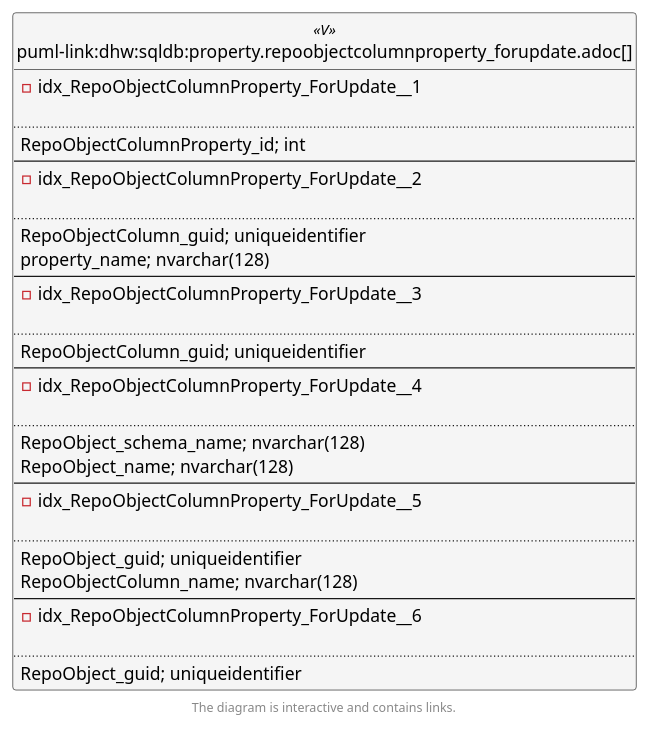
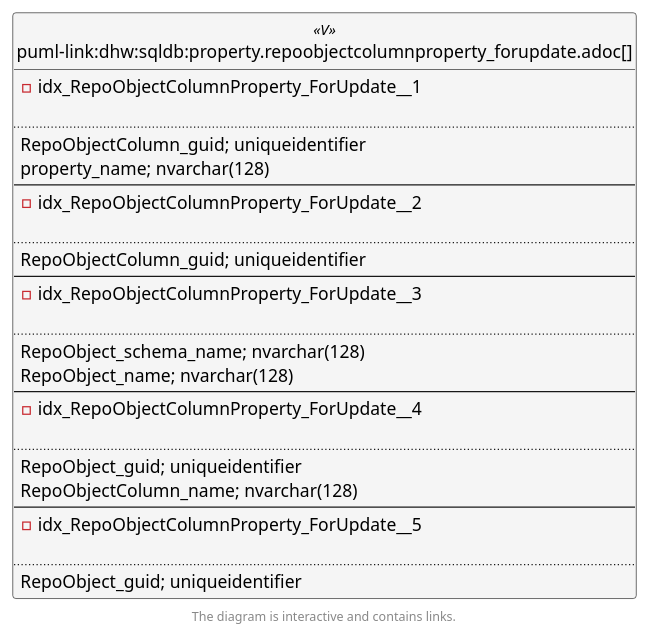
The second of 6 diagrams in docs/modules/sqldb/partials/content/property.repoobjectcolumnproperty_forupdate.adoc (DataHandwerk/dhw-antora-sqldb), drawn with PlantUML before and after one commit. The commit also changed other lines of this file and 751 other files, not shown here.

```diff
--- a/docs/modules/sqldb/partials/content/property.repoobjectcolumnproperty_forupdate.adoc
+++ b/docs/modules/sqldb/partials/content/property.repoobjectcolumnproperty_forupdate.adoc
@@ -1064,71 +1053,66 @@
 [plantuml, entity_1_1_fk-{docname}, svg, subs=macros]
 ....
 @startuml
 left to right direction
 'top to bottom direction
 hide circle
 'avoide "." issues:
 set namespaceSeparator none
 
 
 skinparam class {
   BackgroundColor White
   BackgroundColor<<FN>> Yellow
   BackgroundColor<<FS>> Yellow
   BackgroundColor<<FT>> LightGray
   BackgroundColor<<IF>> Yellow
   BackgroundColor<<IS>> Yellow
   BackgroundColor<<P>>  Aqua
   BackgroundColor<<PC>> Aqua
   BackgroundColor<<SN>> Yellow
   BackgroundColor<<SO>> SlateBlue
   BackgroundColor<<TF>> LightGray
   BackgroundColor<<TR>> Tomato
   BackgroundColor<<U>>  White
   BackgroundColor<<V>>  WhiteSmoke
   BackgroundColor<<X>>  Aqua
   BackgroundColor<<external>> AliceBlue
 }
 
 
 entity "puml-link:dhw:sqldb:property.repoobjectcolumnproperty_forupdate.adoc[]" as property.RepoObjectColumnProperty_ForUpdate << V >> {
 - idx_RepoObjectColumnProperty_ForUpdate__1
 
 ..
-RepoObjectColumnProperty_id; int
+RepoObjectColumn_guid; uniqueidentifier
+property_name; nvarchar(128)
 --
 - idx_RepoObjectColumnProperty_ForUpdate__2
 
 ..
 RepoObjectColumn_guid; uniqueidentifier
-property_name; nvarchar(128)
 --
 - idx_RepoObjectColumnProperty_ForUpdate__3
-
-..
-RepoObjectColumn_guid; uniqueidentifier
---
-- idx_RepoObjectColumnProperty_ForUpdate__4
 
 ..
 RepoObject_schema_name; nvarchar(128)
 RepoObject_name; nvarchar(128)
 --
-- idx_RepoObjectColumnProperty_ForUpdate__5
+- idx_RepoObjectColumnProperty_ForUpdate__4
 
 ..
 RepoObject_guid; uniqueidentifier
 RepoObjectColumn_name; nvarchar(128)
 --
-- idx_RepoObjectColumnProperty_ForUpdate__6
+- idx_RepoObjectColumnProperty_ForUpdate__5
 
 ..
 RepoObject_guid; uniqueidentifier
 }
 
 
 
 footer The diagram is interactive and contains links.
 
 @enduml
 ....
```
